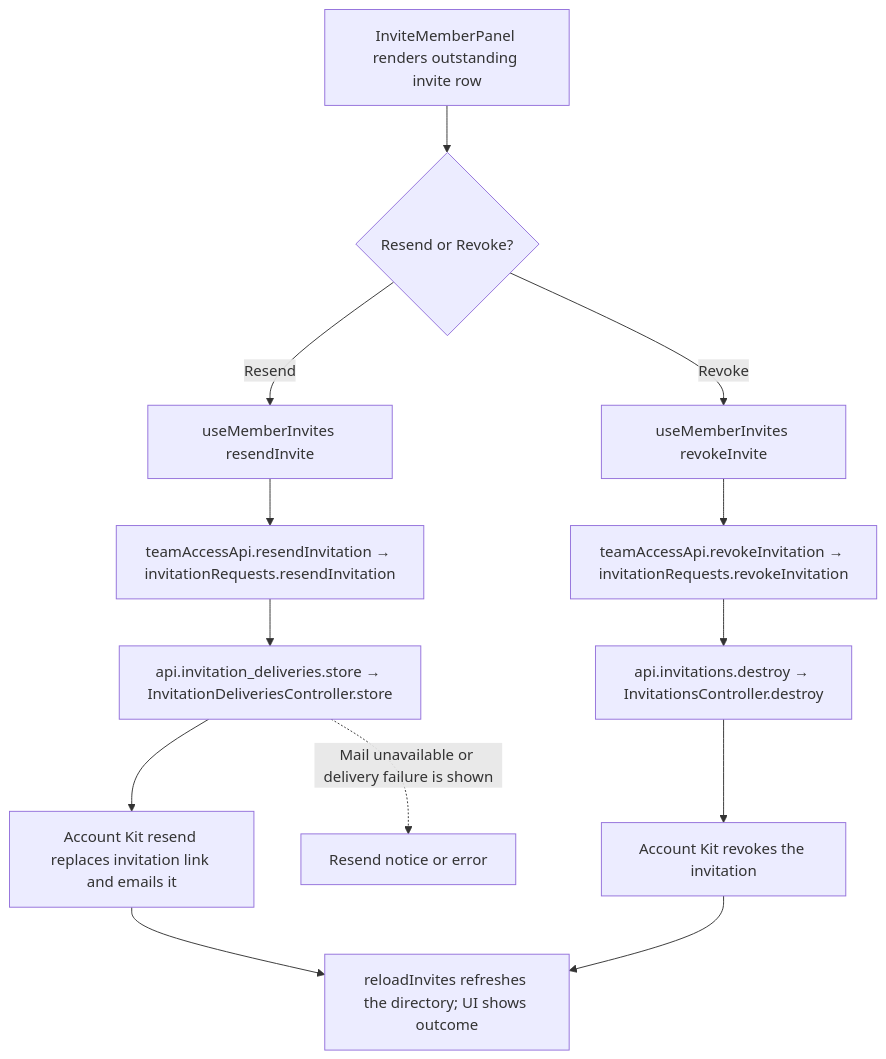
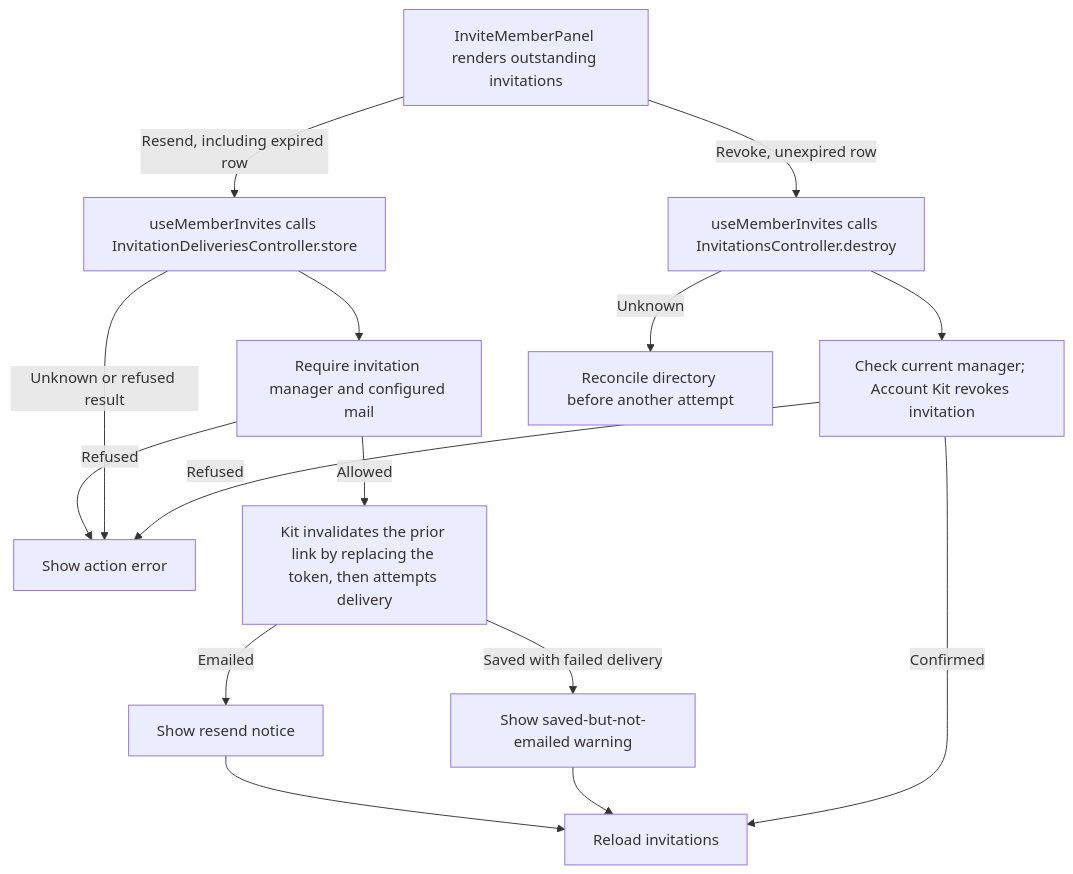
Before and after one commit to Kevinjohn/capacitylens: the second of 2 diagrams in user-stories/team/US-TEAM-03-manage-invitation.md, drawn with Mermaid. The commit also changed other lines of this file and 172 other files, not shown here.

Commit message:
docs: reconcile user story code flows with source

````diff
--- a/user-stories/team/US-TEAM-03-manage-invitation.md
+++ b/user-stories/team/US-TEAM-03-manage-invitation.md
@@ -32,15 +32,17 @@
 ```mermaid
 flowchart TD
-    Row["InviteMemberPanel renders outstanding invite row"] --> Action{"Resend or Revoke?"}
-    Action -->|"Resend"| ResendHook["useMemberInvites resendInvite"]
-    ResendHook --> ResendClient["teamAccessApi.resendInvitation → invitationRequests.resendInvitation"]
-    ResendClient --> ResendRoute["api.invitation_deliveries.store → InvitationDeliveriesController.store"]
-    ResendRoute --> KitResend["Account Kit resend replaces invitation link and emails it"]
-    KitResend --> Reload["reloadInvites refreshes the directory; UI shows outcome"]
-    Action -->|"Revoke"| RevokeHook["useMemberInvites revokeInvite"]
-    RevokeHook --> RevokeClient["teamAccessApi.revokeInvitation → invitationRequests.revokeInvitation"]
-    RevokeClient --> RevokeRoute["api.invitations.destroy → InvitationsController.destroy"]
-    RevokeRoute --> KitRevoke["Account Kit revokes the invitation"]
-    KitRevoke --> Reload
-    ResendRoute -. "Mail unavailable or delivery failure is shown" .-> Error["Resend notice or error"]
+  row["InviteMemberPanel renders outstanding invitations"] -->|Resend, including expired row| resend["useMemberInvites calls InvitationDeliveriesController.store"]
+  resend --> check["Require invitation manager and configured mail"]
+  check -->|Refused| error["Show action error"]
+  check -->|Allowed| replace["Kit invalidates the prior link by replacing the token, then attempts delivery"]
+  replace -->|Emailed| sent["Show resend notice"]
+  replace -->|Saved with failed delivery| warned["Show saved-but-not-emailed warning"]
+  sent --> list["Reload invitations"]
+  warned --> list
+  resend -->|Unknown or refused result| error
+  row -->|Revoke, unexpired row| revoke["useMemberInvites calls InvitationsController.destroy"]
+  revoke --> kit["Check current manager; Account Kit revokes invitation"]
+  kit -->|Confirmed| list
+  kit -->|Refused| error
+  revoke -->|Unknown| reconcile["Reconcile directory before another attempt"]
 ```
````
